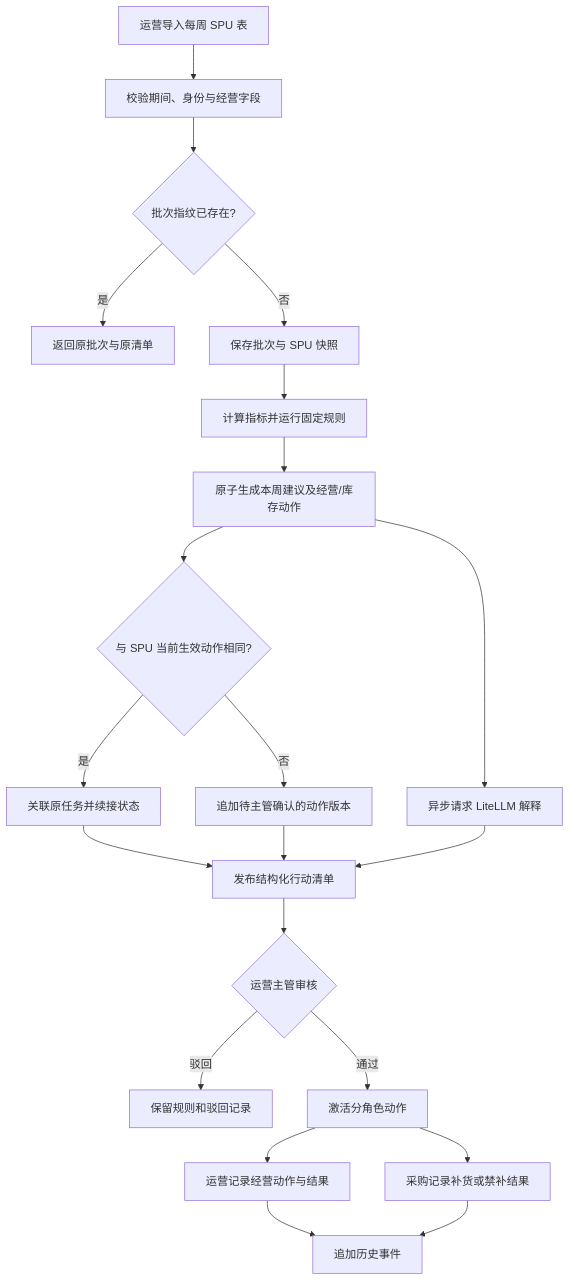
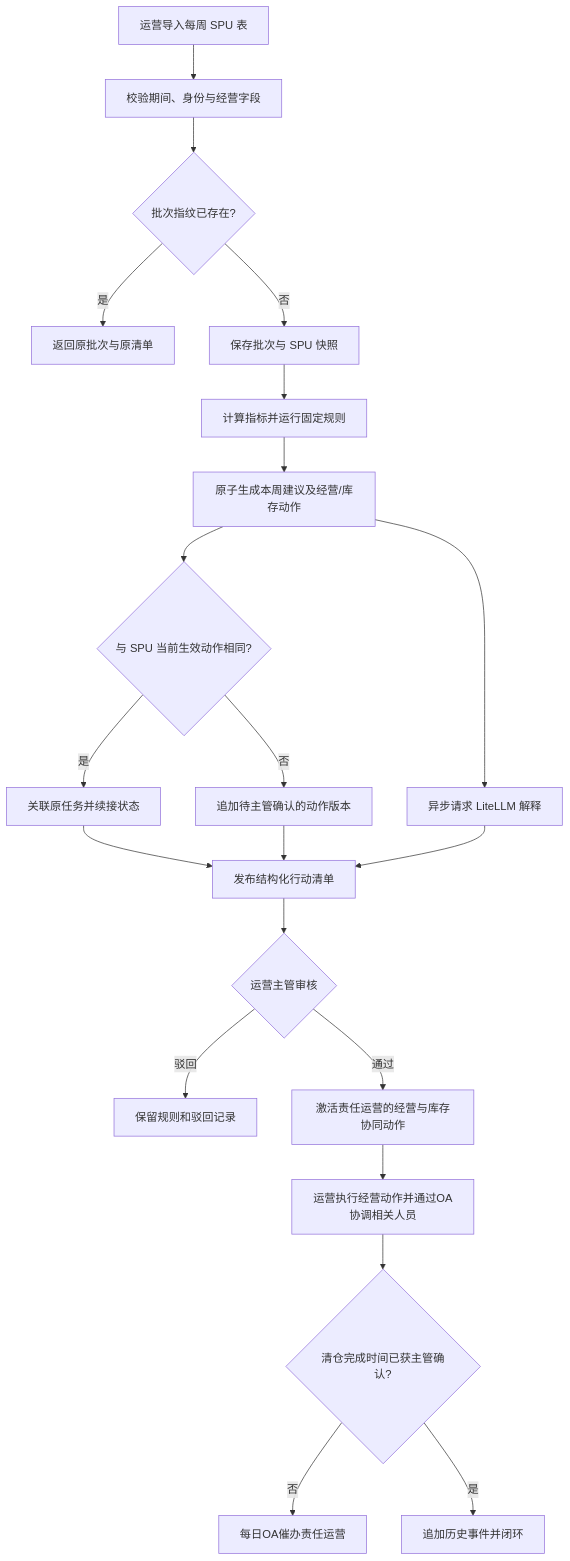
Before and after one commit to johnsonsmilequran/profit-decision-engine: the diagram in 趣然AI商品经营利润决策助手/output/PRD-dev.md, drawn with Mermaid. The commit also changed other lines of this file and 31 other files, not shown here.

````diff
--- a/趣然AI商品经营利润决策助手/output/PRD-dev.md
+++ b/趣然AI商品经营利润决策助手/output/PRD-dev.md
@@ -110,23 +112,23 @@
 ```mermaid
 flowchart TD
     A[运营导入每周 SPU 表] --> B[校验期间、身份与经营字段]
     B --> C{批次指纹已存在?}
     C -- 是 --> D[返回原批次与原清单]
     C -- 否 --> E[保存批次与 SPU 快照]
     E --> F[计算指标并运行固定规则]
     F --> G[原子生成本周建议及经营/库存动作]
     G --> G1{与 SPU 当前生效动作相同?}
     G1 -- 是 --> G2[关联原任务并续接状态]
     G1 -- 否 --> G3[追加待主管确认的动作版本]
     G2 --> H[发布结构化行动清单]
     G3 --> H
     G --> I[异步请求 LiteLLM 解释]
     I --> H
     H --> J{运营主管审核}
     J -- 驳回 --> K[保留规则和驳回记录]
-    J -- 通过 --> L[激活分角色动作]
-    L --> M[运营记录经营动作与结果]
-    L --> N[采购记录补货或禁补结果]
-    M --> O[追加历史事件]
-    N --> O
+    J -- 通过 --> L[激活责任运营的经营与库存协同动作]
+    L --> M[运营执行经营动作并通过OA协调相关人员]
+    M --> N{清仓完成时间已获主管确认?}
+    N -- 否 --> P[每日OA催办责任运营]
+    N -- 是 --> O[追加历史事件并闭环]
 ```
````
